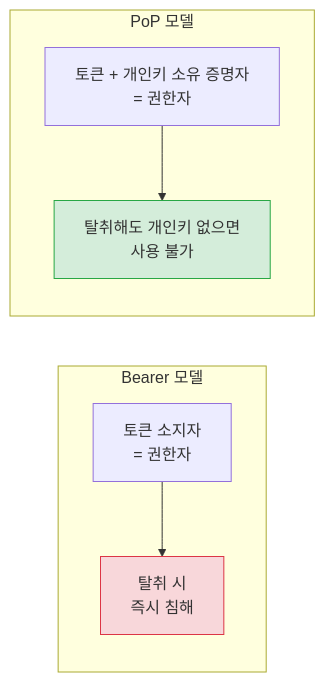
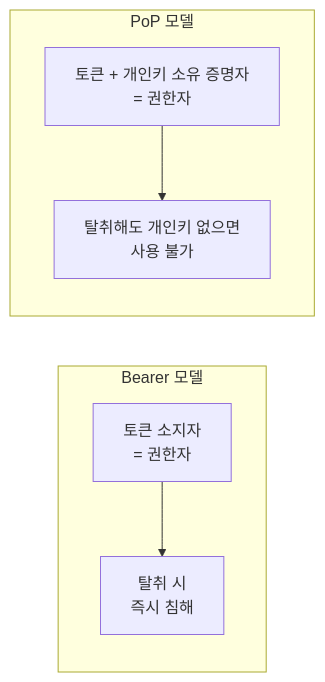
The second of 6 diagrams in spring-security/docs/auth-architecture/dpop-pop-architecture.md (gmoon92/toy), drawn with Mermaid before and after one commit. The commit also changed other lines of this file and 2 other files, not shown here.

````diff
--- a/spring-security/docs/auth-architecture/dpop-pop-architecture.md
+++ b/spring-security/docs/auth-architecture/dpop-pop-architecture.md
@@ -78,12 +78,9 @@
 ```mermaid
 graph LR
     subgraph Bearer["Bearer 모델"]
         B1["토큰 소지자<br/>= 권한자"] --> B2["탈취 시<br/>즉시 침해"]
     end
     subgraph PoP["PoP 모델"]
         P1["토큰 + 개인키 소유 증명자<br/>= 권한자"] --> P2["탈취해도 개인키 없으면<br/>사용 불가"]
     end
-
-    style B2 fill:#f8d7da,stroke:#dc3545
-    style P2 fill:#d4edda,stroke:#28a745
 ```
````
